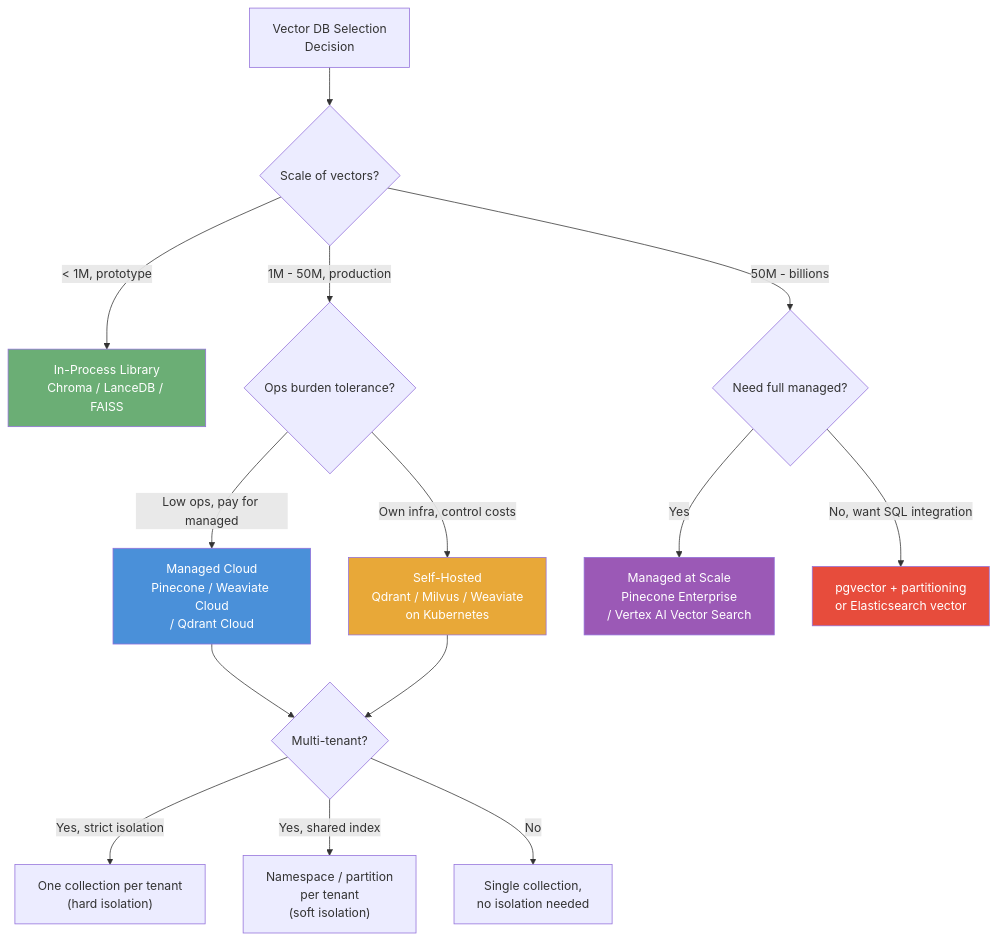
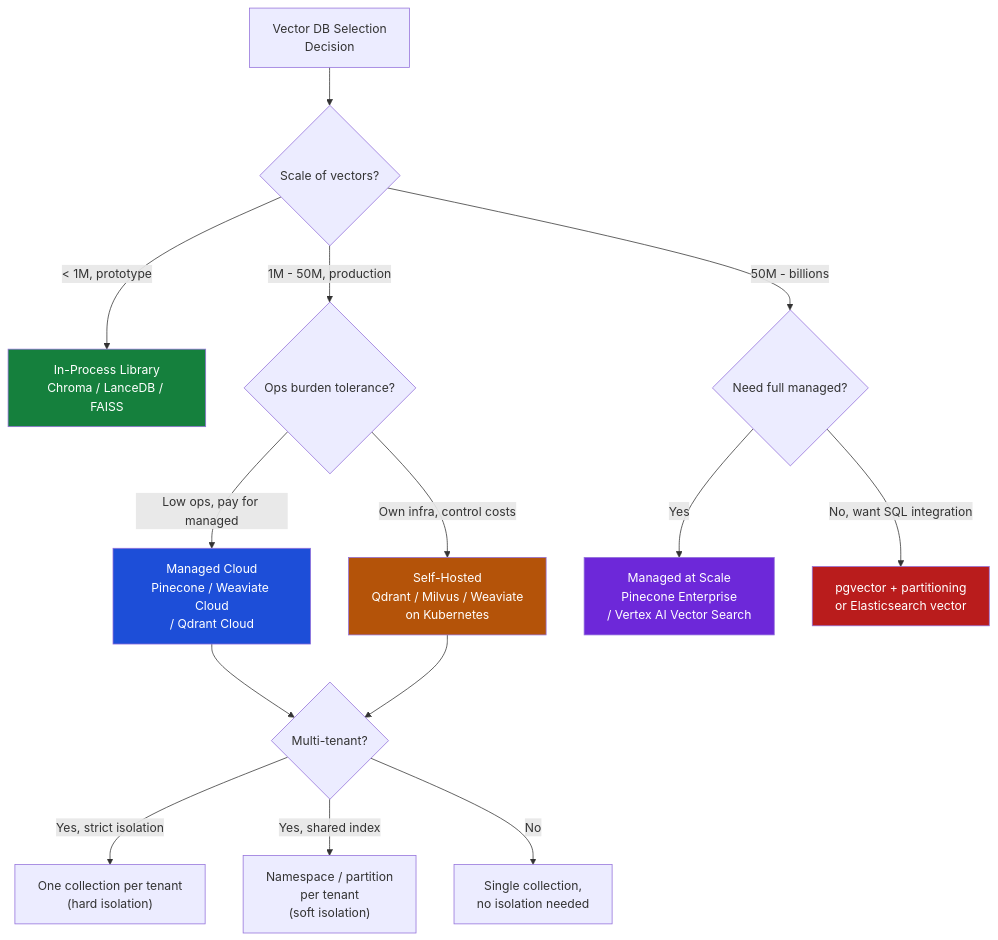
Before and after one commit to GyanendraChaubey/AI-System-Design-Notes: the fifth of 6 diagrams in docs/05-retrieval-systems/02-vector-databases.md, drawn with Mermaid. The commit also changed other lines of this file and 5 other files, not shown here.

First line of the commit message:
Fix Mermaid diagram rendering errors and dark/light mode color contrast (Sections 1-10)

````diff
--- a/docs/05-retrieval-systems/02-vector-databases.md
+++ b/docs/05-retrieval-systems/02-vector-databases.md
@@ -237,26 +237,26 @@
 ```mermaid
 flowchart TD
     Start["Vector DB Selection\nDecision"] --> Q1{"Scale of vectors?"}
 
     Q1 -->|"< 1M, prototype"| P1["In-Process Library\nChroma / LanceDB / FAISS"]
     Q1 -->|"1M - 50M, production"| Q2{"Ops burden tolerance?"}
     Q1 -->|"50M - billions"| Q3{"Need full managed?"}
 
     Q2 -->|"Low ops, pay for managed"| P2["Managed Cloud\nPinecone / Weaviate Cloud\n/ Qdrant Cloud"]
     Q2 -->|"Own infra, control costs"| P3["Self-Hosted\nQdrant / Milvus / Weaviate\non Kubernetes"]
 
     Q3 -->|"Yes"| P4["Managed at Scale\nPinecone Enterprise\n/ Vertex AI Vector Search"]
     Q3 -->|"No, want SQL integration"| P5["pgvector + partitioning\nor Elasticsearch vector"]
 
     P2 --> MT{"Multi-tenant?"}
     P3 --> MT
     MT -->|"Yes, strict isolation"| MT1["One collection per tenant\n(hard isolation)"]
     MT -->|"Yes, shared index"| MT2["Namespace / partition\nper tenant\n(soft isolation)"]
     MT -->|"No"| MT3["Single collection,\nno isolation needed"]
 
-    style P1 fill:#6BAE75,color:#fff
-    style P2 fill:#4A90D9,color:#fff
-    style P3 fill:#E8A838,color:#fff
-    style P4 fill:#9B59B6,color:#fff
-    style P5 fill:#E74C3C,color:#fff
+    style P1 fill:#15803D,color:#fff
+    style P2 fill:#1D4ED8,color:#fff
+    style P3 fill:#B45309,color:#fff
+    style P4 fill:#6D28D9,color:#fff
+    style P5 fill:#B91C1C,color:#fff
 ```
````
